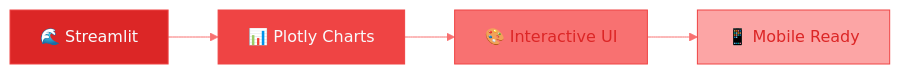
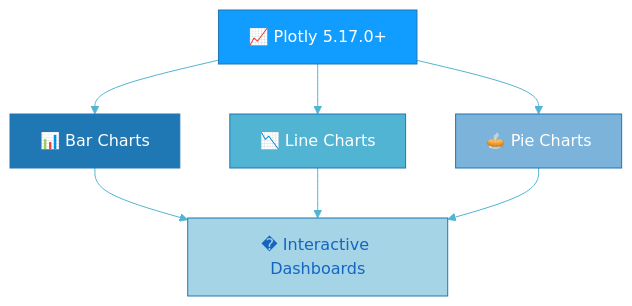
Before and after one commit to jellyfishing2346/cfo-copilot: the second of 10 diagrams in README.md, drawn with Mermaid. The commit also changed other lines of this file, not shown here.

````diff
--- a/README.md
+++ b/README.md
@@ -67,12 +69,16 @@
 ```mermaid
-%%{init: {'theme':'base', 'themeVariables': { 'primaryColor': '#dc2626', 'primaryTextColor': '#f8fafc', 'primaryBorderColor': '#ef4444', 'lineColor': '#f87171'}}}%%
-graph LR
-    A[🌊 Streamlit] --> B[📊 Plotly Charts]
-    B --> C[🎨 Interactive UI]
-    C --> D[📱 Mobile Ready]
+%%{init: {'theme':'base', 'themeVariables': { 'primaryColor': '#119dff', 'primaryTextColor': '#ffffff', 'primaryBorderColor': '#1f77b4', 'lineColor': '#52b4d3'}}}%%
+graph TB
+    A[📈 Plotly 5.17.0+] --> B[📊 Bar Charts]
+    A --> C[📉 Line Charts]
+    A --> D[🥧 Pie Charts]
+    B --> E[� Interactive Dashboards]
+    C --> E
+    D --> E
     
-    style A fill:#dc2626,color:#f8fafc
-    style B fill:#ef4444,color:#f8fafc
-    style C fill:#f87171,color:#dc2626
-    style D fill:#fca5a5,color:#dc2626
+    style A fill:#119dff,color:#ffffff
+    style B fill:#1f77b4,color:#ffffff
+    style C fill:#52b4d3,color:#ffffff
+    style D fill:#7bb3db,color:#ffffff
+    style E fill:#a4d4e6,color:#1565c0
 ```
````
